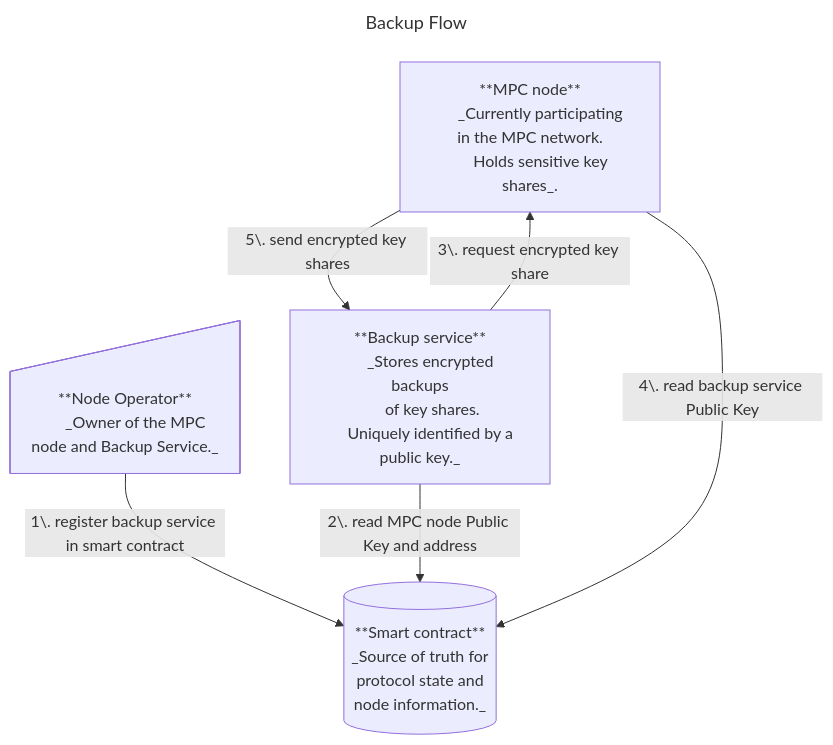
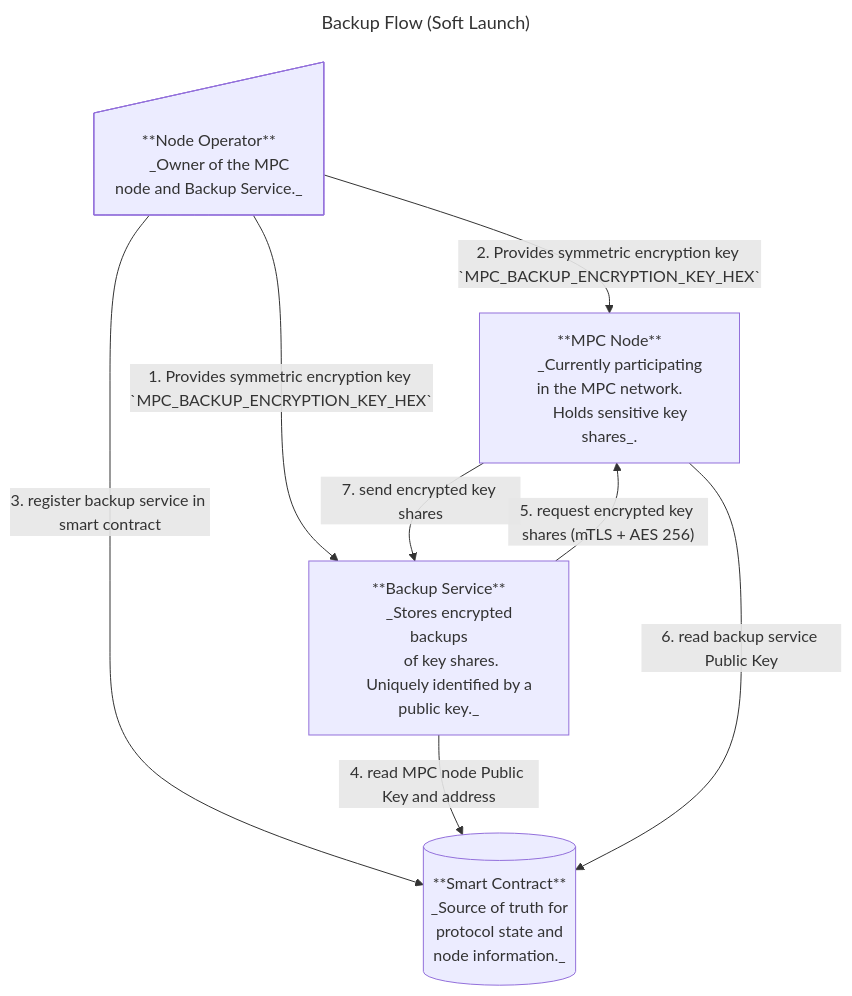
One commit to near/mpc changed the first of 4 diagrams in docs/migration-service.md. Above: the diagram before and after it, drawn with Mermaid. The commit also changed other lines of this file and 2 other files, not shown here.

Commit message:
docs: Design TEE-enabled backup service (#1467)

````diff
--- a/docs/migration-service.md
+++ b/docs/migration-service.md
@@ -46,42 +71,42 @@
 ```mermaid
 ---
-title: Backup Flow
+title: Backup Flow (Soft Launch)
 ---
 flowchart TD
-
     SC("
-      **Smart contract**
+      **Smart Contract**
       _Source of truth for
       protocol state and
       node information._
     ");
 
     MPC("
-      **MPC node**
+      **MPC Node**
       _Currently participating in the MPC network.
       Holds sensitive key shares_.
     ");
 
     BS("
-      **Backup service**
+      **Backup Service**
       _Stores encrypted backups
       of key shares.
       Uniquely identified by a public key._
     ");
 
     NO("
       **Node Operator**
       _Owner of the MPC node and Backup Service._
     ");
     
-    NO -->|1\. register backup service in smart contract| SC;
-    BS -->|2\. read MPC node Public Key and address| SC;
-    BS --> |3\. request encrypted key share| MPC;
-    MPC -->|4\. read backup service Public Key | SC;
-    MPC -->|5\. send encrypted key shares | BS;
-
+    NO -->|"1. Provides symmetric encryption key `MPC_BACKUP_ENCRYPTION_KEY_HEX`"| BS;
+    NO -->|"2. Provides symmetric encryption key `MPC_BACKUP_ENCRYPTION_KEY_HEX`"| MPC;
+    NO -->|"3. register backup service in smart contract"| SC;
+    BS -->|"4. read MPC node Public Key and address"| SC;
+    BS --> |"5. request encrypted key shares (mTLS + AES 256)"| MPC;
+    MPC -->|"6. read backup service Public Key"| SC;
+    MPC -->|"7. send encrypted key shares"| BS;
     NO@{ shape: manual-input}
     SC@{ shape: db}
     BS@{ shape: proc}
     MPC@{ shape: proc}
 ```
````
